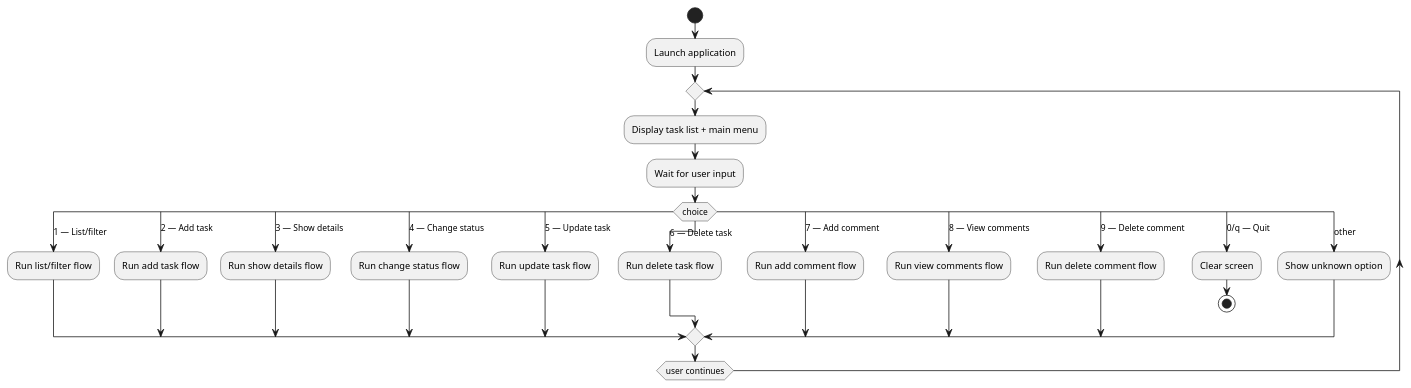
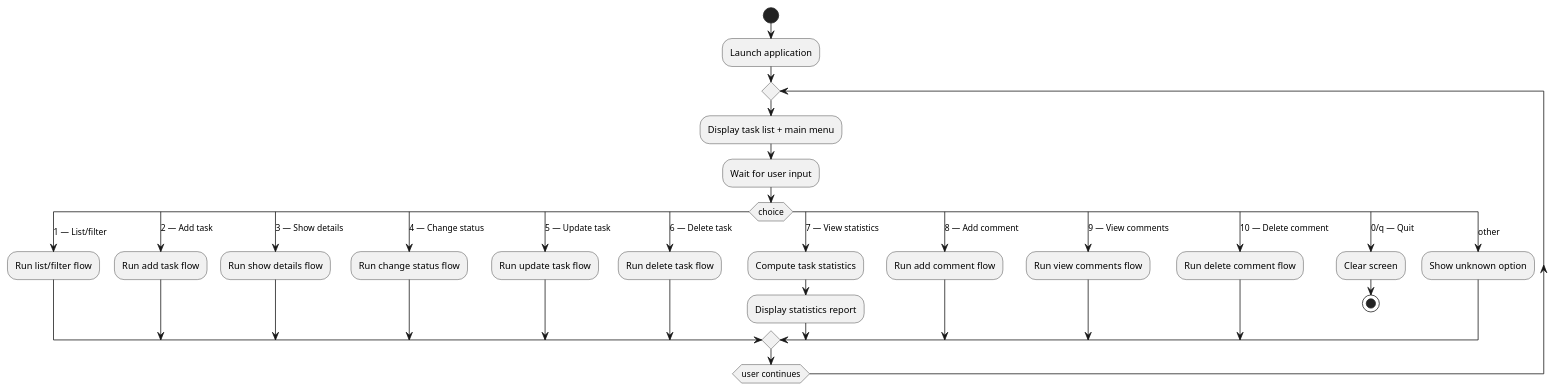
Before and after one commit to DanielRiha8906/Software_autoevolution_using_agents: the diagram in experiments/supervisor_as_tools/test_driven/TODO/artifacts/activity_diagram.puml, drawn with PlantUML. The commit also changed 10 other files, not shown here.

First line of the commit message:
task 06 | implement TaskStatisticsService for task metrics

```diff
--- a/experiments/supervisor_as_tools/test_driven/TODO/artifacts/activity_diagram.puml
+++ b/experiments/supervisor_as_tools/test_driven/TODO/artifacts/activity_diagram.puml
@@ -1,38 +1,41 @@
 @startuml
 
 start
 :Launch application;
 
 repeat
   :Display task list + main menu;
   :Wait for user input;
 
   switch (choice)
     case (1 — List/filter)
       :Run list/filter flow;
     case (2 — Add task)
       :Run add task flow;
     case (3 — Show details)
       :Run show details flow;
     case (4 — Change status)
       :Run change status flow;
     case (5 — Update task)
       :Run update task flow;
     case (6 — Delete task)
       :Run delete task flow;
-    case (7 — Add comment)
+    case (7 — View statistics)
+      :Compute task statistics;
+      :Display statistics report;
+    case (8 — Add comment)
       :Run add comment flow;
-    case (8 — View comments)
+    case (9 — View comments)
       :Run view comments flow;
-    case (9 — Delete comment)
+    case (10 — Delete comment)
       :Run delete comment flow;
     case (0/q — Quit)
       :Clear screen;
       stop
     case (other)
       :Show unknown option;
   endswitch
 
 repeat while (user continues)
 
 @enduml
```
